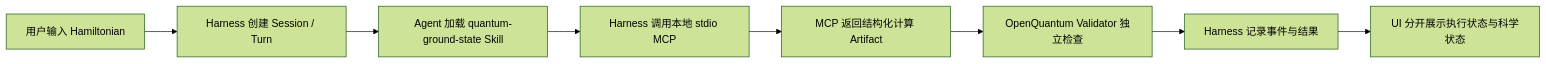
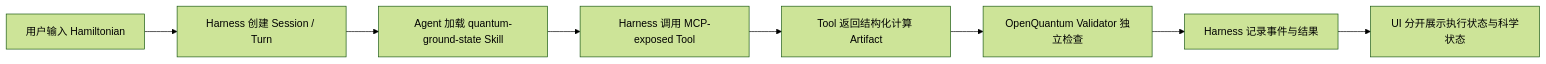
One commit to xi-zhao/OpenQuantum changed the diagram in docs/roadmap/DEVELOPMENT_PLAN.md. Above: the diagram before and after it, drawn with Mermaid (forest theme). The commit also changed other lines of this file and 40 other files, not shown here.

````diff
--- a/docs/roadmap/DEVELOPMENT_PLAN.md
+++ b/docs/roadmap/DEVELOPMENT_PLAN.md
@@ -106,10 +111,10 @@
 ```mermaid
 flowchart LR
   A["用户输入 Hamiltonian"] --> B["Harness 创建 Session / Turn"]
   B --> C["Agent 加载 quantum-ground-state Skill"]
-  C --> D["Harness 调用本地 stdio MCP"]
-  D --> E["MCP 返回结构化计算 Artifact"]
+  C --> D["Harness 调用 MCP-exposed Tool"]
+  D --> E["Tool 返回结构化计算 Artifact"]
   E --> F["OpenQuantum Validator 独立检查"]
   F --> G["Harness 记录事件与结果"]
   G --> H["UI 分开展示执行状态与科学状态"]
 ```
````
